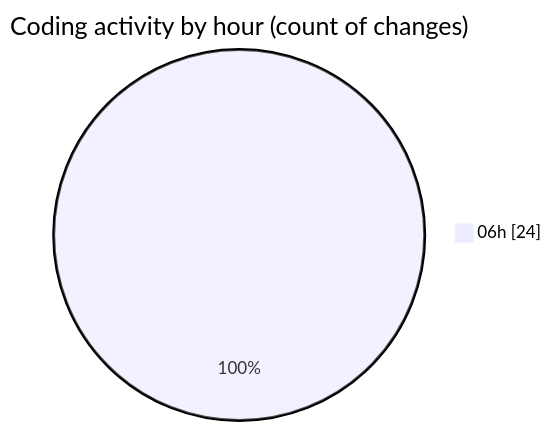
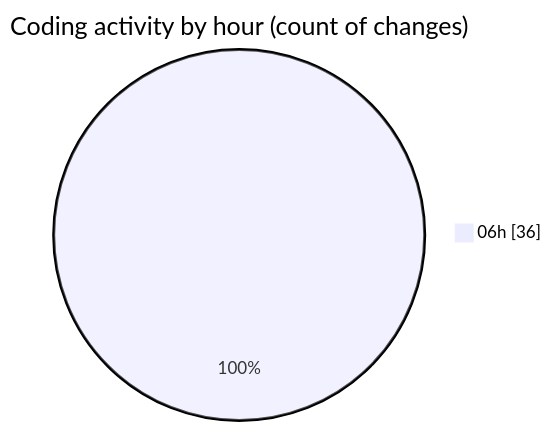
Before and after one commit to becaeroporto-bot/code-tracking: the second of 2 diagrams in 2026-02-21/bot_i_a/README.md, drawn with Mermaid. The commit also changed other lines of this file and 1 other file, not shown here.

````diff
--- a/2026-02-21/bot_i_a/README.md
+++ b/2026-02-21/bot_i_a/README.md
@@ -36,5 +42,5 @@
 ```mermaid
 pie showData
 title Coding activity by hour (count of changes)
-"06h" : 24
+"06h" : 36
 ```
````
